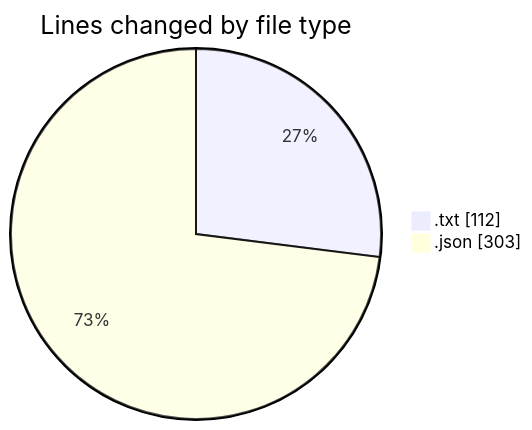
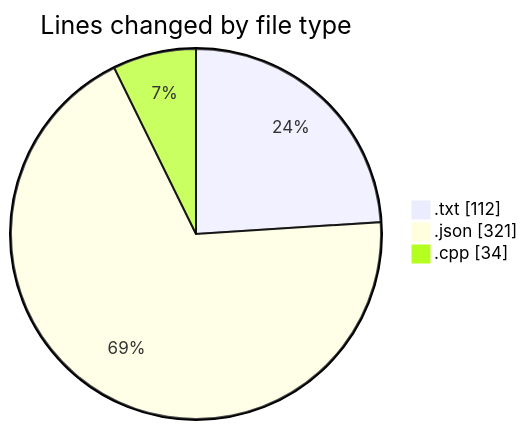
Before and after one commit to Netris89/code-tracking: the first of 2 diagrams in 2025-04-12/basic/README.md, drawn with Mermaid. The commit also changed other lines of this file and 1 other file, not shown here.

````diff
--- a/2025-04-12/basic/README.md
+++ b/2025-04-12/basic/README.md
@@ -22,6 +24,7 @@
 ```mermaid
 pie showData
 title Lines changed by file type
 ".txt" : 112
-".json" : 303
+".json" : 321
+".cpp" : 34
 ```
````
